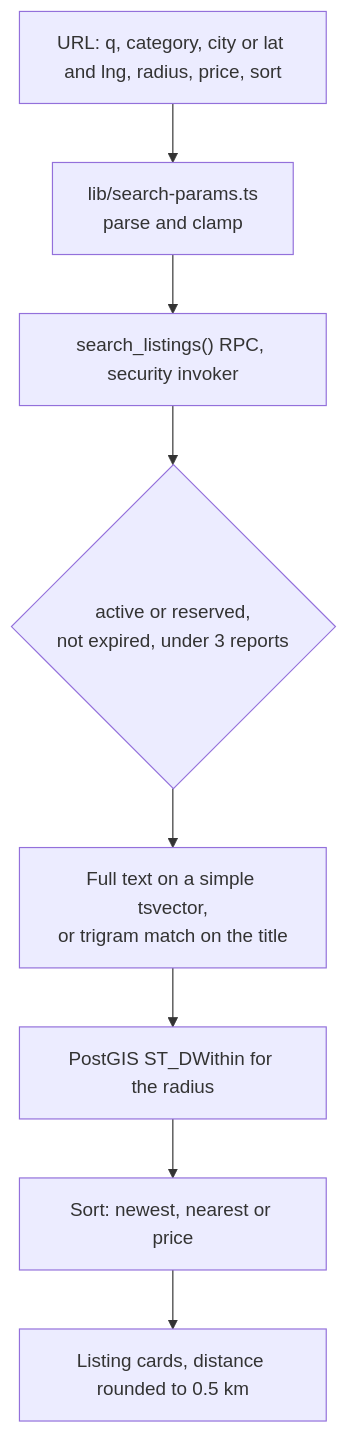
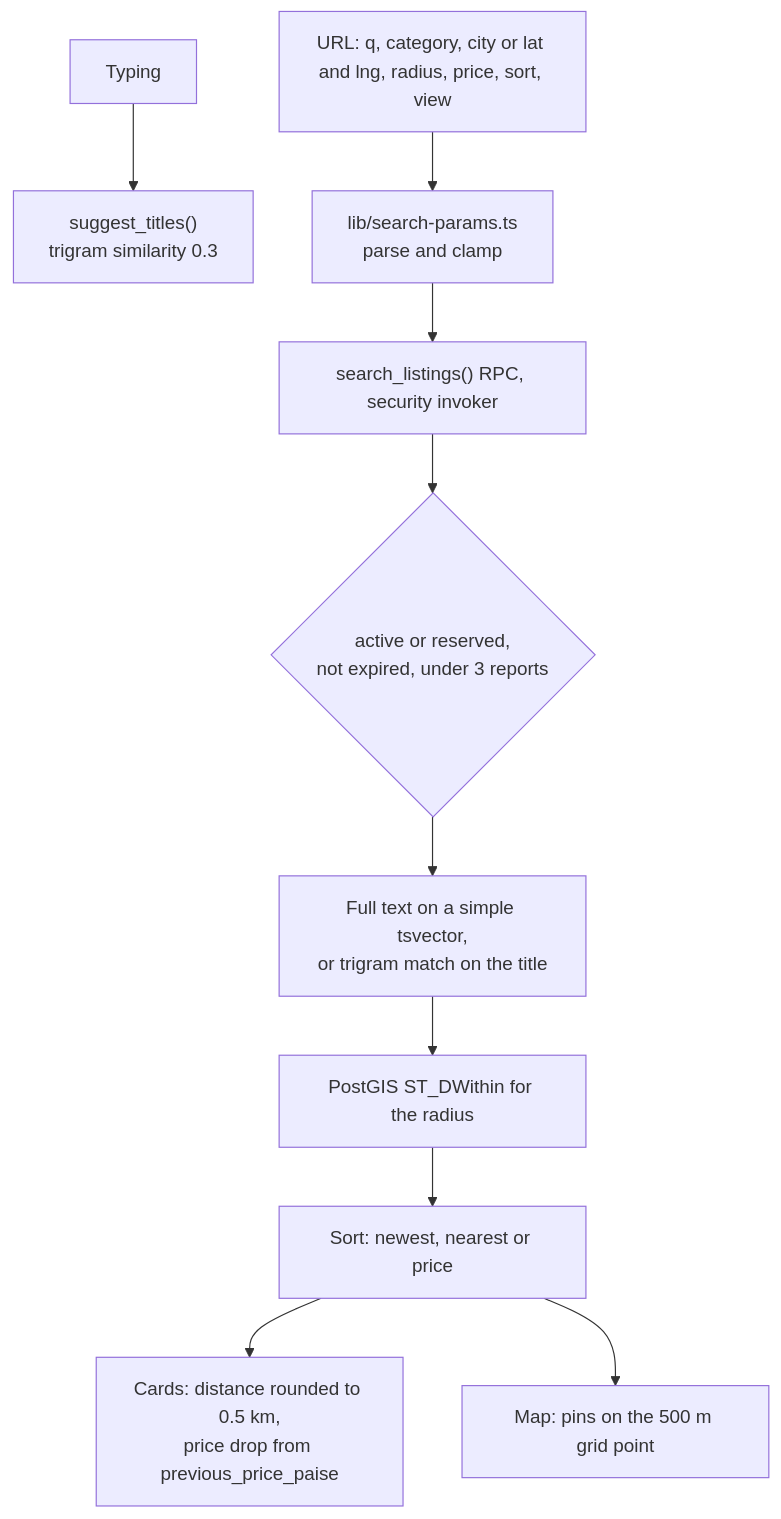
The fourth of 7 diagrams in README.md (kandulanikhilvarma/chowk), drawn with Mermaid before and after one commit. The commit also changed other lines of this file and 58 other files, not shown here.

````diff
--- a/README.md
+++ b/README.md
@@ -131,10 +191,12 @@
 ```mermaid
 flowchart TD
-  Q["URL: q, category, city or lat and lng, radius, price, sort"] --> P["lib/search-params.ts<br/>parse and clamp"]
+  T["Typing"] --> SG["suggest_titles()<br/>trigram similarity 0.3"]
+  Q["URL: q, category, city or lat and lng, radius, price, sort, view"] --> P["lib/search-params.ts<br/>parse and clamp"]
   P --> R["search_listings() RPC, security invoker"]
   R --> F1{"active or reserved,<br/>not expired, under 3 reports"}
   F1 --> F2["Full text on a simple tsvector,<br/>or trigram match on the title"]
   F2 --> F3["PostGIS ST_DWithin for the radius"]
   F3 --> S["Sort: newest, nearest or price"]
-  S --> C["Listing cards, distance rounded to 0.5 km"]
+  S --> C["Cards: distance rounded to 0.5 km,<br/>price drop from previous_price_paise"]
+  S --> M["Map: pins on the 500 m grid point"]
 ```
````
